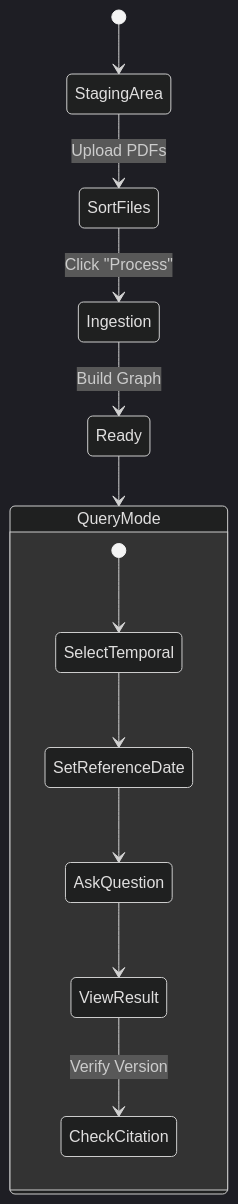
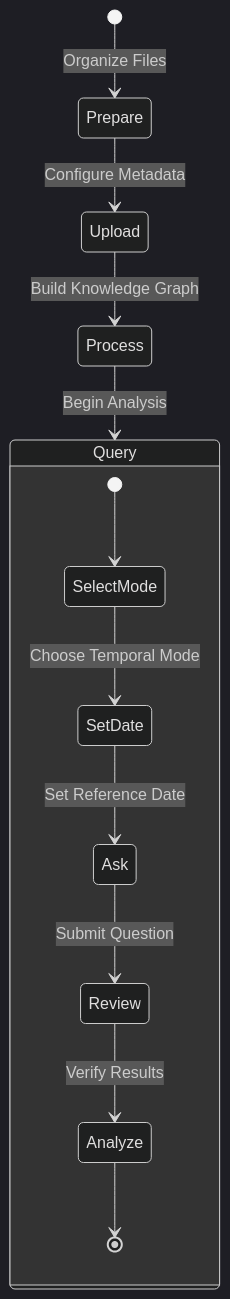
One commit to parthpatel643/LightRAG changed the diagram in docs/USER_GUIDE.md. Above: the diagram before and after it, drawn with Mermaid (dark theme). The commit also changed other lines of this file and 15 other files, not shown here.

````diff
--- a/docs/USER_GUIDE.md
+++ b/docs/USER_GUIDE.md
@@ -49,16 +11,16 @@
 ```mermaid
 stateDiagram-v2
-    [*] --> StagingArea
-    StagingArea --> SortFiles: Upload PDFs
-    SortFiles --> Ingestion: Click "Process"
-    Ingestion --> Ready: Build Graph
+    [*] --> Prepare: Organize Files
+    Prepare --> Upload: Configure Metadata
+    Upload --> Process: Build Knowledge Graph
+    Process --> Query: Begin Analysis
     
-    Ready --> QueryMode
-    state QueryMode {
-        [*] --> SelectTemporal
-        SelectTemporal --> SetReferenceDate
-        SetReferenceDate --> AskQuestion
-        AskQuestion --> ViewResult
-        ViewResult --> CheckCitation: Verify Version
+    state Query {
+        [*] --> SelectMode
+        SelectMode --> SetDate: Choose Temporal Mode
+        SetDate --> Ask: Set Reference Date
+        Ask --> Review: Submit Question
+        Review --> Analyze: Verify Results
+        Analyze --> [*]
     }
 ```
````
